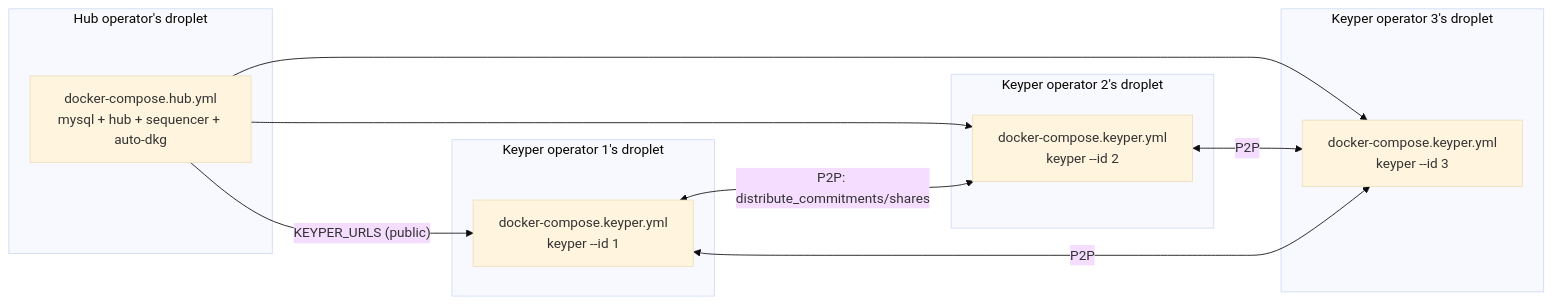
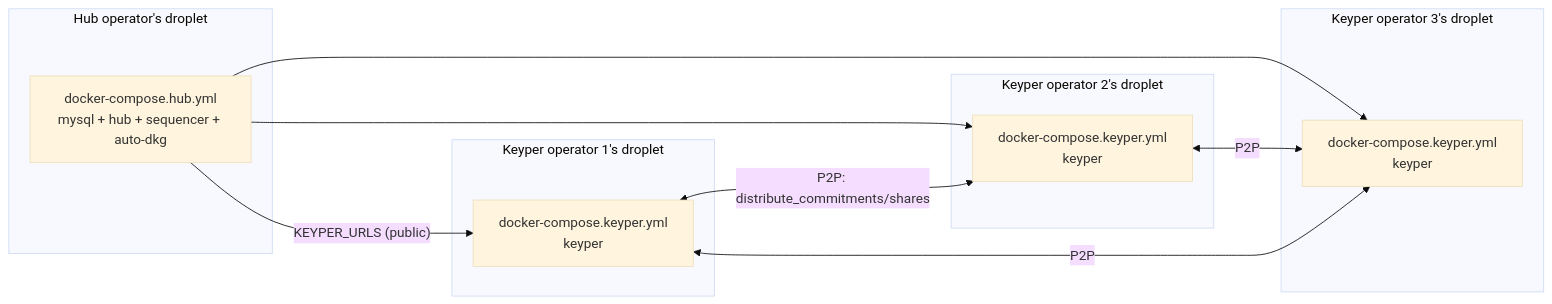
Before and after one commit to shutter-network/sx-monorepo: the second of 2 diagrams in docs/private-voting/README.md, drawn with Mermaid (base theme). The commit also changed other lines of this file and 10 other files, not shown here.

````diff
--- a/docs/private-voting/README.md
+++ b/docs/private-voting/README.md
@@ -178,21 +178,21 @@
 ```mermaid
 flowchart LR
     subgraph "Hub operator's droplet"
         HC["docker-compose.hub.yml<br/>mysql + hub + sequencer + auto-dkg"]
     end
     subgraph "Keyper operator 1's droplet"
-        K1["docker-compose.keyper.yml<br/>keyper --id 1"]
+        K1["docker-compose.keyper.yml<br/>keyper"]
     end
     subgraph "Keyper operator 2's droplet"
-        K2["docker-compose.keyper.yml<br/>keyper --id 2"]
+        K2["docker-compose.keyper.yml<br/>keyper"]
     end
     subgraph "Keyper operator 3's droplet"
-        K3["docker-compose.keyper.yml<br/>keyper --id 3"]
+        K3["docker-compose.keyper.yml<br/>keyper"]
     end
     HC -- "KEYPER_URLS (public)" --> K1
     HC --> K2
     HC --> K3
     K1 <-- "P2P: distribute_commitments/shares" --> K2
     K2 <-- "P2P" --> K3
     K1 <-- "P2P" --> K3
 ```
````
